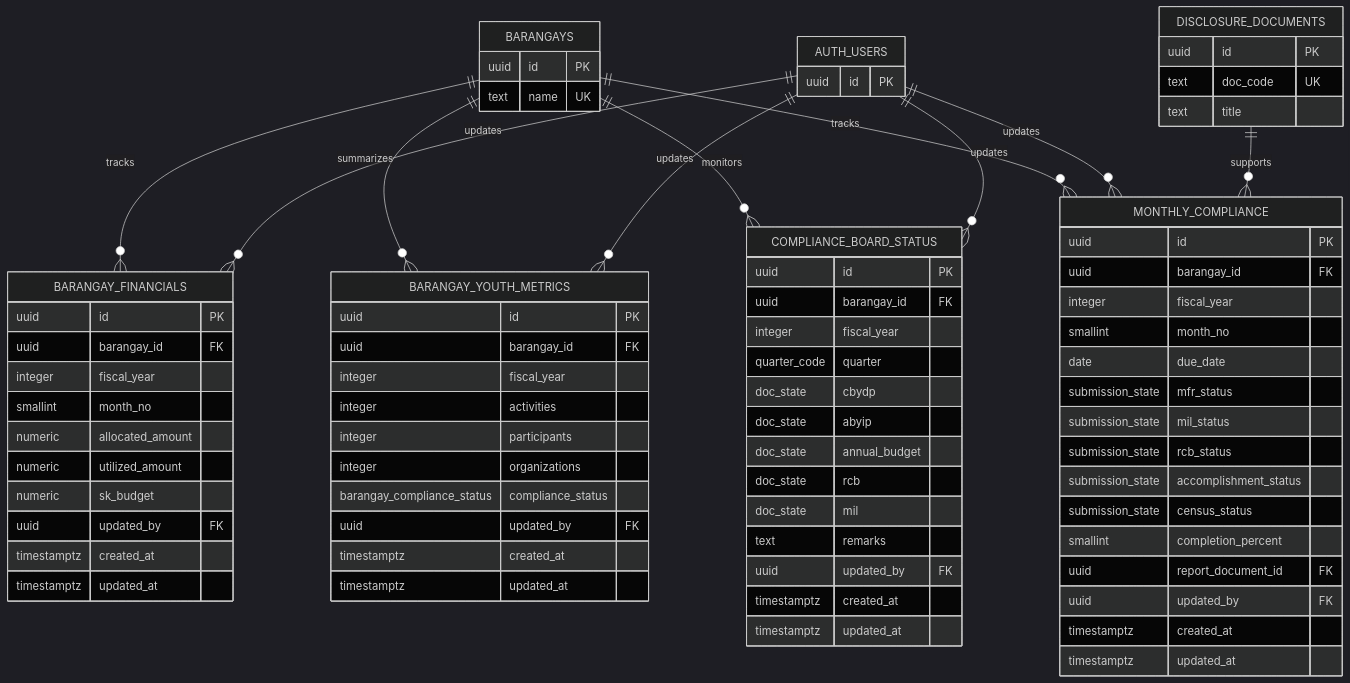
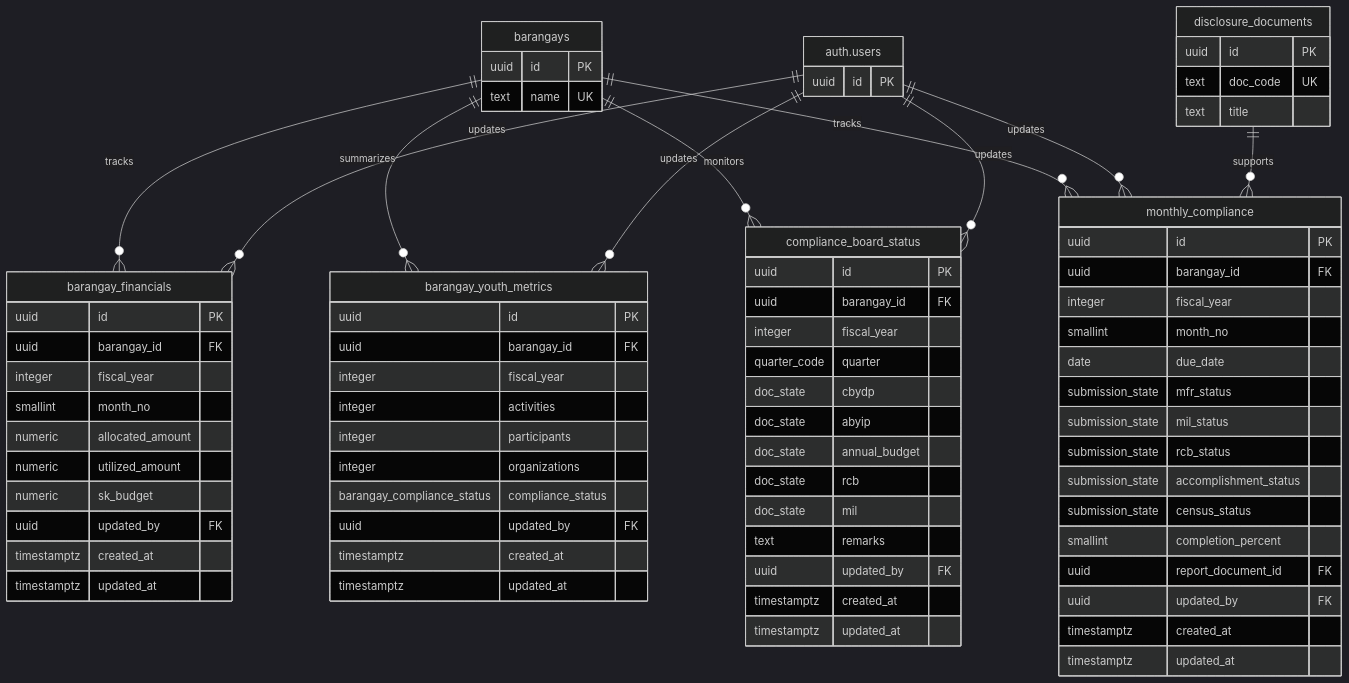
One commit to txiaoqt/lydo-connect-org-focused changed the seventh of 9 diagrams in Methodology/3.2.4-Database-Schema.md. Above: the diagram before and after it, drawn with Mermaid (dark theme). The commit also changed other lines of this file, not shown here.

````diff
--- a/Methodology/3.2.4-Database-Schema.md
+++ b/Methodology/3.2.4-Database-Schema.md
@@ -567,31 +567,31 @@
 ```mermaid
 erDiagram
-    BARANGAYS ||--o{ BARANGAY_FINANCIALS : tracks
-    BARANGAYS ||--o{ BARANGAY_YOUTH_METRICS : summarizes
-    BARANGAYS ||--o{ COMPLIANCE_BOARD_STATUS : monitors
-    BARANGAYS ||--o{ MONTHLY_COMPLIANCE : tracks
-    AUTH_USERS ||--o{ BARANGAY_FINANCIALS : updates
-    AUTH_USERS ||--o{ BARANGAY_YOUTH_METRICS : updates
-    AUTH_USERS ||--o{ COMPLIANCE_BOARD_STATUS : updates
-    AUTH_USERS ||--o{ MONTHLY_COMPLIANCE : updates
-    DISCLOSURE_DOCUMENTS ||--o{ MONTHLY_COMPLIANCE : supports
+    barangays ||--o{ barangay_financials : tracks
+    barangays ||--o{ barangay_youth_metrics : summarizes
+    barangays ||--o{ compliance_board_status : monitors
+    barangays ||--o{ monthly_compliance : tracks
+    auth.users ||--o{ barangay_financials : updates
+    auth.users ||--o{ barangay_youth_metrics : updates
+    auth.users ||--o{ compliance_board_status : updates
+    auth.users ||--o{ monthly_compliance : updates
+    disclosure_documents ||--o{ monthly_compliance : supports
 
-    AUTH_USERS {
+    auth.users {
       uuid id PK
     }
 
-    BARANGAYS {
+    barangays {
       uuid id PK
       text name UK
     }
 
-    DISCLOSURE_DOCUMENTS {
+    disclosure_documents {
       uuid id PK
       text doc_code UK
       text title
     }
 
-    BARANGAY_FINANCIALS {
+    barangay_financials {
       uuid id PK
       uuid barangay_id FK
       integer fiscal_year
@@ -604,7 +604,7 @@
       timestamptz updated_at
     }
 
-    BARANGAY_YOUTH_METRICS {
+    barangay_youth_metrics {
       uuid id PK
       uuid barangay_id FK
       integer fiscal_year
@@ -617,7 +617,7 @@
       timestamptz updated_at
     }
 
-    COMPLIANCE_BOARD_STATUS {
+    compliance_board_status {
       uuid id PK
       uuid barangay_id FK
       integer fiscal_year
@@ -633,7 +633,7 @@
       timestamptz updated_at
     }
 
-    MONTHLY_COMPLIANCE {
+    monthly_compliance {
       uuid id PK
       uuid barangay_id FK
       integer fiscal_year
````
